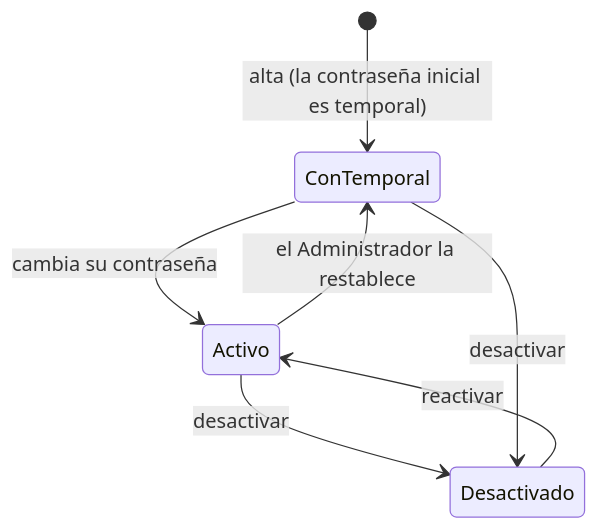
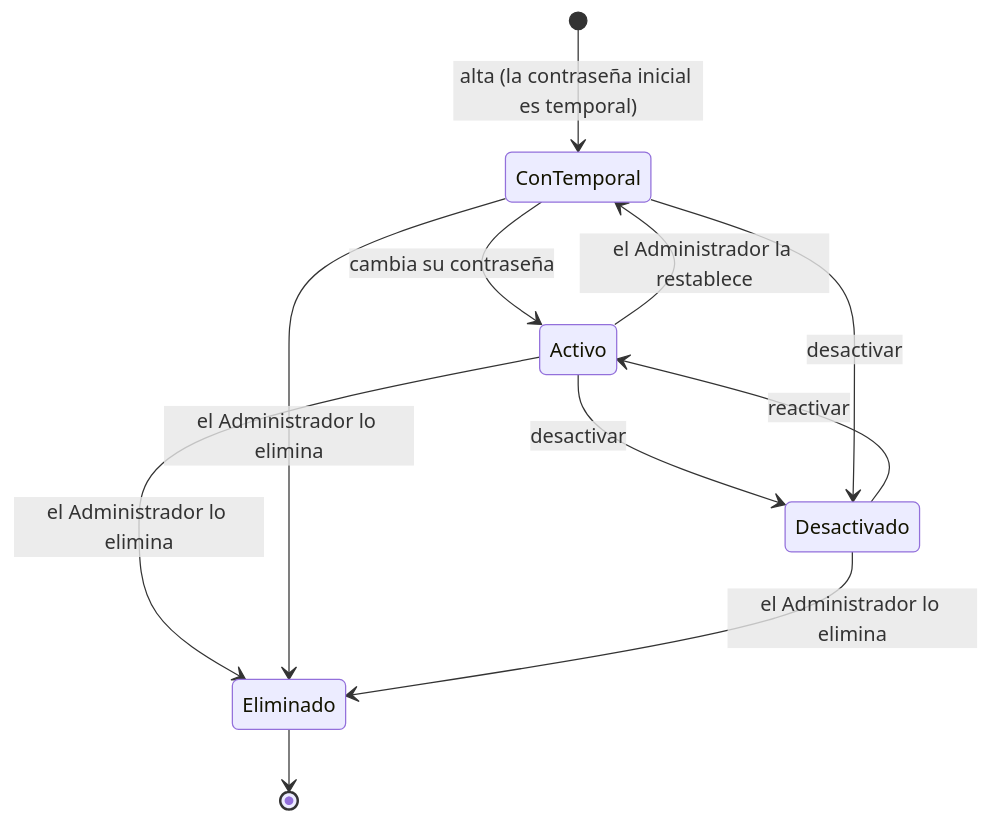
The sixth of 6 diagrams in docs/incremento-1/1.2-diseno-usuarios-roles.md (kardanmarmen/fsoftware_financiera), drawn with Mermaid before and after one commit. The commit also changed other lines of this file and 14 other files, not shown here.

````diff
--- a/docs/incremento-1/1.2-diseno-usuarios-roles.md
+++ b/docs/incremento-1/1.2-diseno-usuarios-roles.md
@@ -261,9 +275,13 @@
 ```mermaid
 stateDiagram-v2
   [*] --> ConTemporal: alta (la contraseña inicial es temporal)
   ConTemporal --> Activo: cambia su contraseña
   Activo --> ConTemporal: el Administrador la restablece
   Activo --> Desactivado: desactivar
   ConTemporal --> Desactivado: desactivar
   Desactivado --> Activo: reactivar
+  Activo --> Eliminado: el Administrador lo elimina
+  ConTemporal --> Eliminado: el Administrador lo elimina
+  Desactivado --> Eliminado: el Administrador lo elimina
+  Eliminado --> [*]
 ```
````
